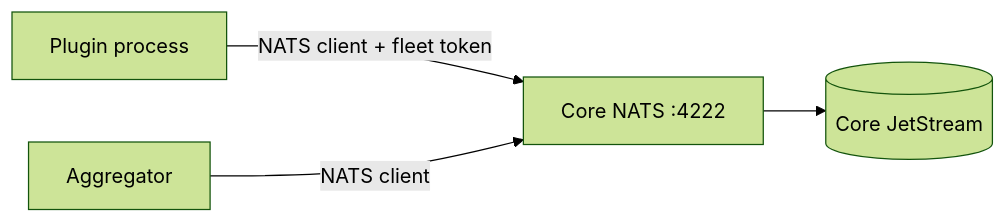
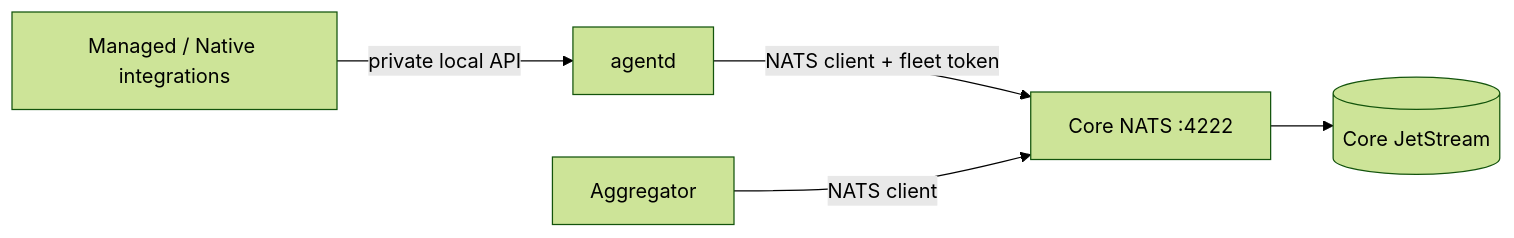
Before and after one commit to EdgeCitadelTeam/EdgeCitadel: the first of 3 diagrams in docs/architecture/multi-mode-messaging.md, drawn with Mermaid (forest theme). The commit also changed other lines of this file and 121 other files, not shown here.

First line of the commit message:
feat(client): add managed agents and native plugins (#28)

````diff
--- a/docs/architecture/multi-mode-messaging.md
+++ b/docs/architecture/multi-mode-messaging.md
@@ -121,6 +124,7 @@
 ```mermaid
 flowchart LR
-    P[Plugin process] -->|NATS client + fleet token| C[Core NATS :4222]
+    P[Managed / Native integrations] -->|private local API| D[agentd]
+    D -->|NATS client + fleet token| C[Core NATS :4222]
     C --> JS[(Core JetStream)]
     A[Aggregator] -->|NATS client| C
 ```
````
